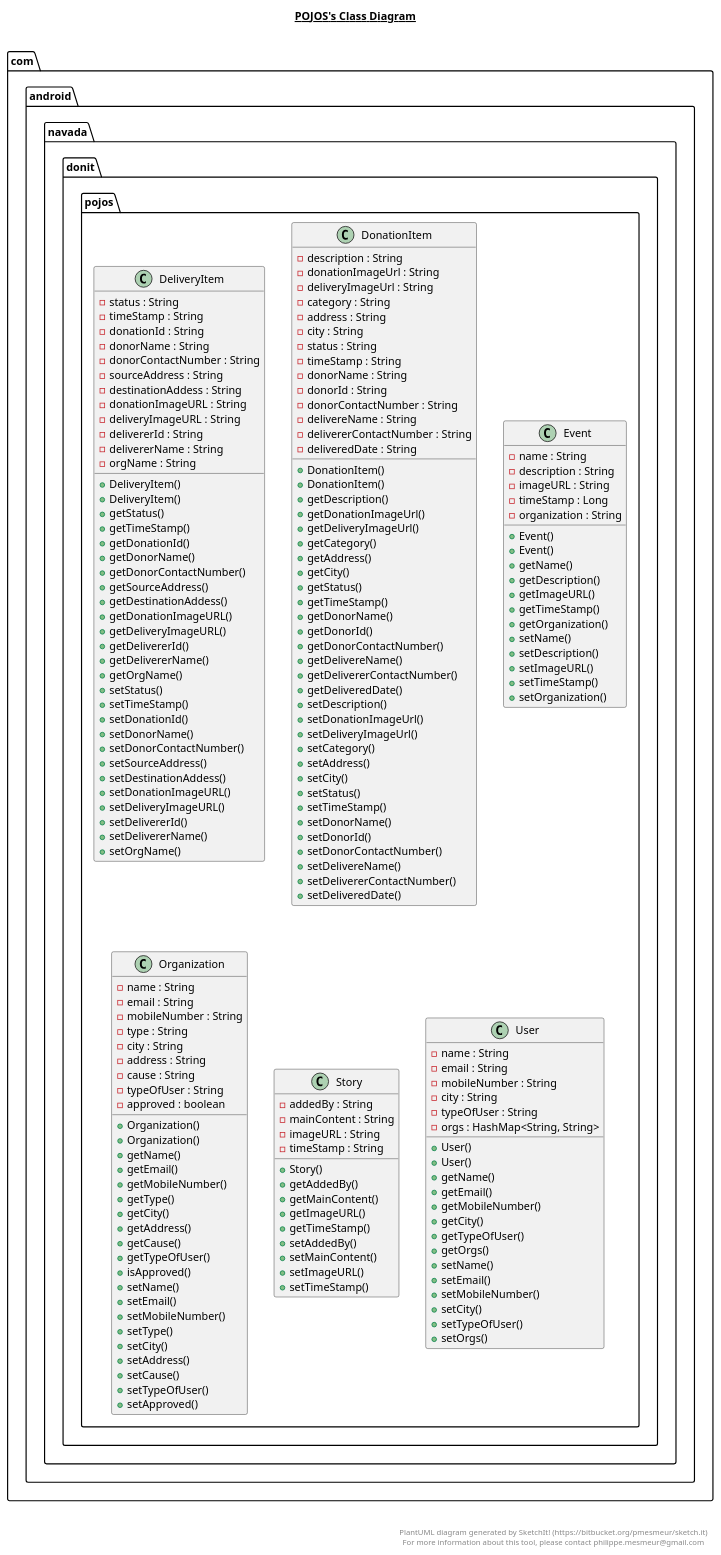
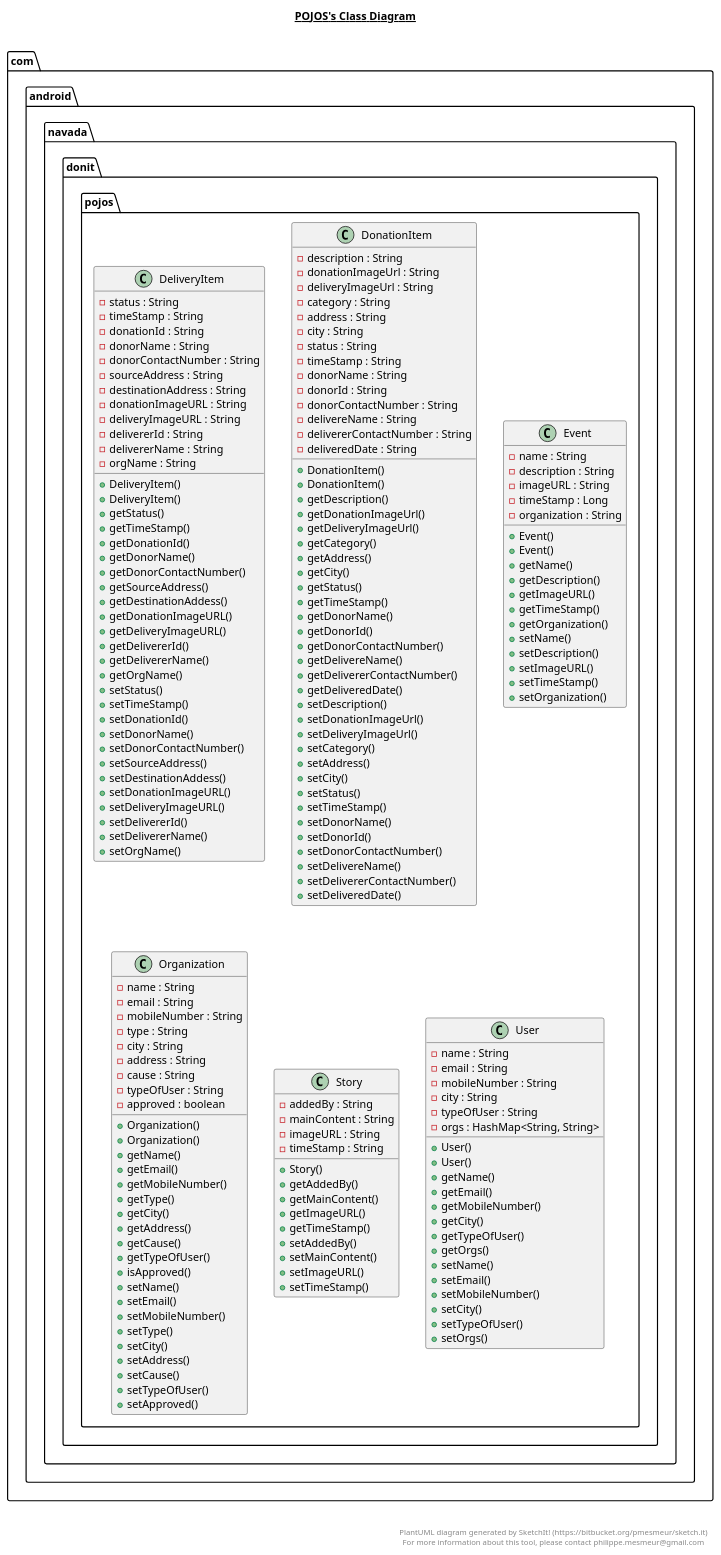
The diagram in app/src/main/java/com/android/navada/donit/pojos/pojos.plantuml (bazinga-cooper/Donit), drawn with PlantUML before and after one commit. The commit also changed 36 other files, not shown here.

```diff
--- a/app/src/main/java/com/android/navada/donit/pojos/pojos.plantuml
+++ b/app/src/main/java/com/android/navada/donit/pojos/pojos.plantuml
@@ -11,7 +11,7 @@
           - donorName : String
           - donorContactNumber : String
           - sourceAddress : String
-          - destinationAddess : String
+          - destinationAddress : String
           - donationImageURL : String
           - deliveryImageURL : String
           - delivererId : String
```
